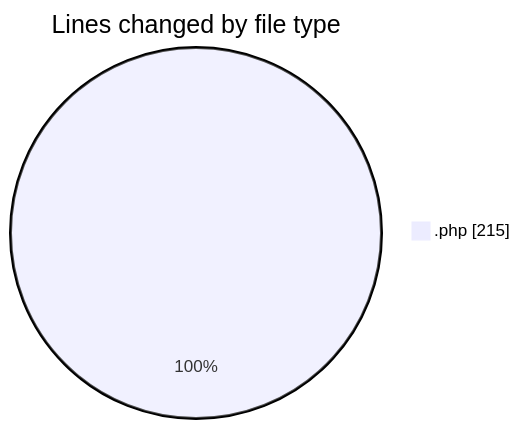
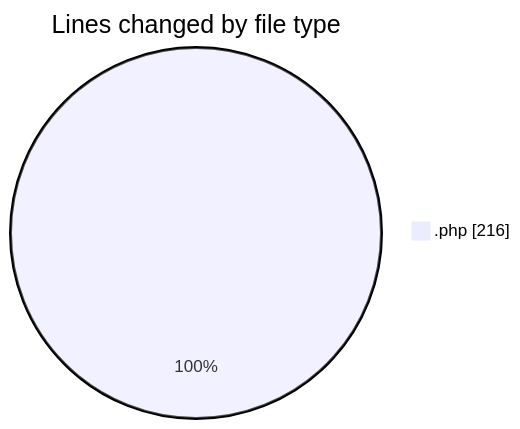
One commit to LanceThiago/code-tracking changed the first of 2 diagrams in 2025-07-01/web/README.md. Above: the diagram before and after it, drawn with Mermaid. The commit also changed other lines of this file and 1 other file, not shown here.

````diff
--- a/2025-07-01/web/README.md
+++ b/2025-07-01/web/README.md
@@ -21,5 +21,5 @@
 ```mermaid
 pie showData
 title Lines changed by file type
-".php" : 215
+".php" : 216
 ```
````
